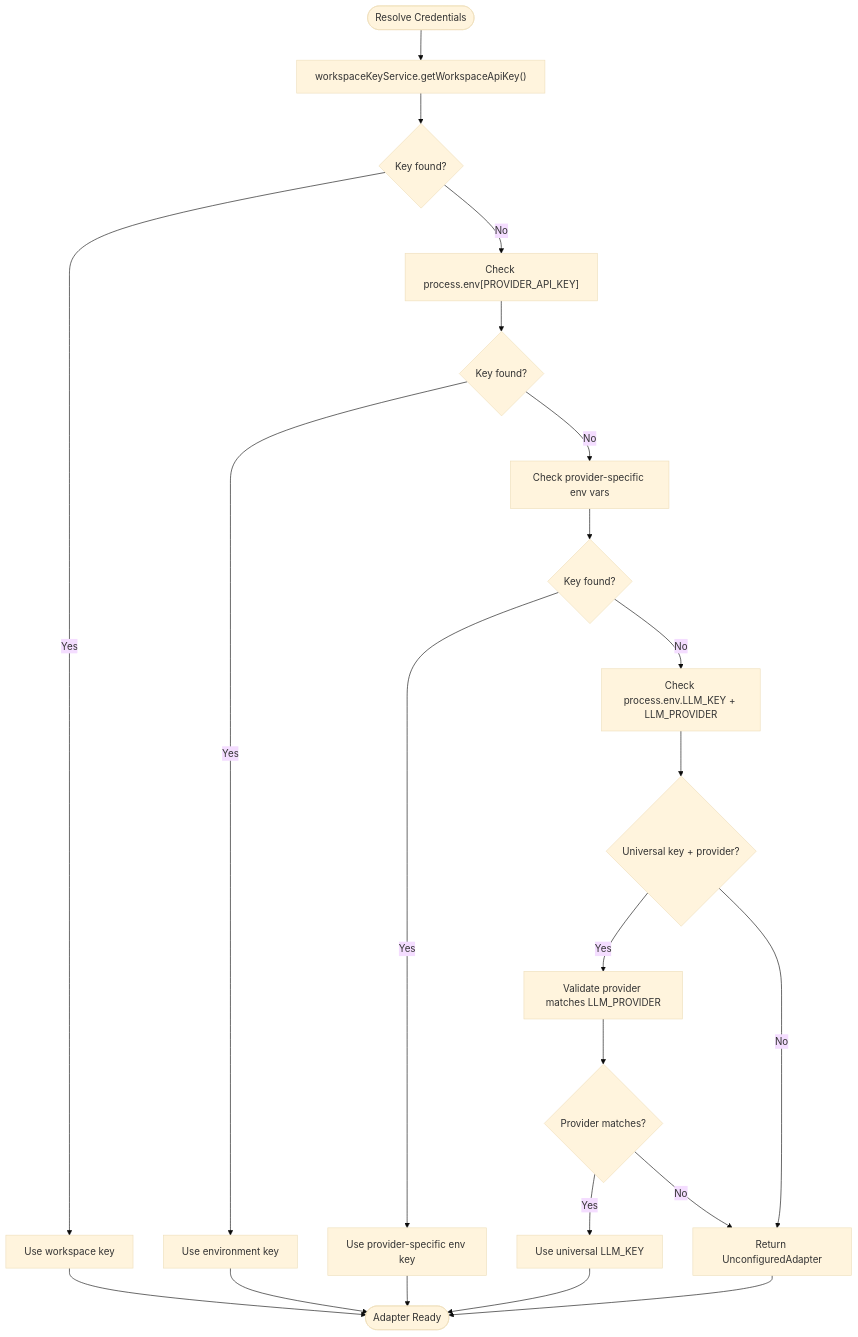
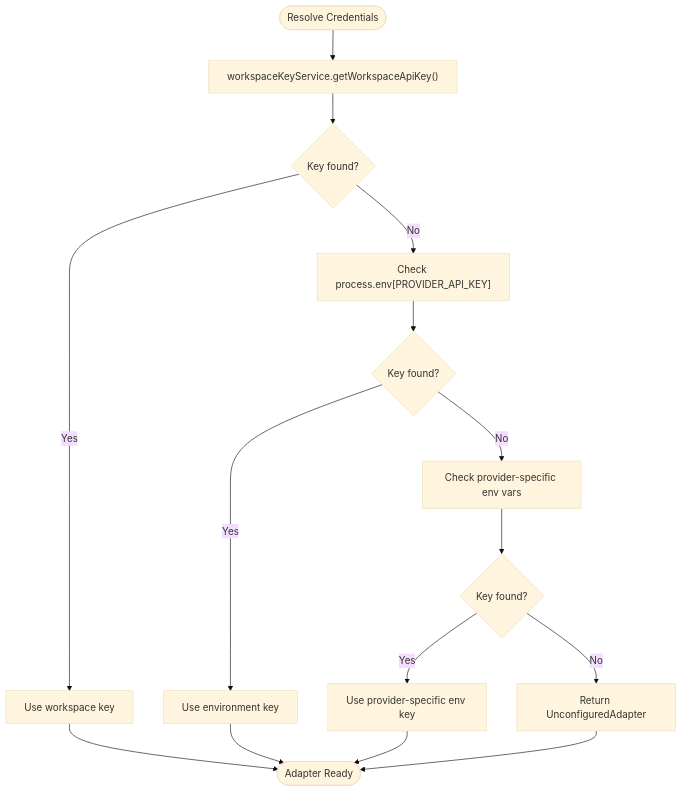
The third of 11 diagrams in .qoder/repowiki/en/content/AI Generation Engine/AI Provider Adapters/Configuration & Authentication Management.md (shekhargiri005-dotcom/AI-powered-accessibility-first-UI-engine), drawn with Mermaid (base theme) before and after one commit. The commit also changed other lines of this file and 71 other files, not shown here.

````diff
--- a/.qoder/repowiki/en/content/AI Generation Engine/AI Provider Adapters/Configuration & Authentication Management.md
+++ b/.qoder/repowiki/en/content/AI Generation Engine/AI Provider Adapters/Configuration & Authentication Management.md
@@ -150,24 +153,17 @@
 ```mermaid
 flowchart TD
 Start(["Resolve Credentials"]) --> WS["workspaceKeyService.getWorkspaceApiKey()"]
 WS --> FoundWS{"Key found?"}
 FoundWS --> |Yes| UseWS["Use workspace key"]
 FoundWS --> |No| Env["Check process.env[PROVIDER_API_KEY]"]
 Env --> FoundEnv{"Key found?"}
 FoundEnv --> |Yes| UseEnv["Use environment key"]
 FoundEnv --> |No| Fallbacks["Check provider-specific env vars"]
 Fallbacks --> FoundFB{"Key found?"}
 FoundFB --> |Yes| UseFB["Use provider-specific env key"]
-FoundFB --> |No| Universal["Check process.env.LLM_KEY + LLM_PROVIDER"]
-Universal --> FoundUni{"Universal key + provider?"}
-FoundUni --> |Yes| Validate["Validate provider matches LLM_PROVIDER"]
-FoundUni --> |No| Unconfigured["Return UnconfiguredAdapter"]
-Validate --> FoundMatch{"Provider matches?"}
-FoundMatch --> |Yes| UseUni["Use universal LLM_KEY"]
-FoundMatch --> |No| Unconfigured
+FoundFB --> |No| Unconfigured["Return UnconfiguredAdapter"]
 UseWS --> End(["Adapter Ready"])
 UseEnv --> End
 UseFB --> End
-UseUni --> End
 Unconfigured --> End
 ```
````
